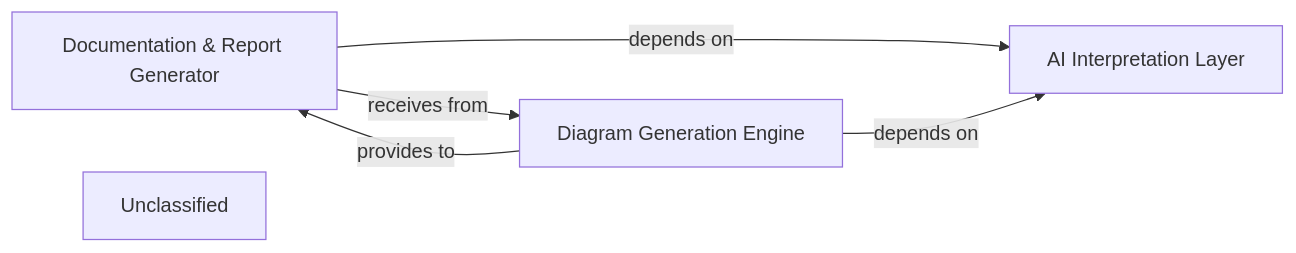
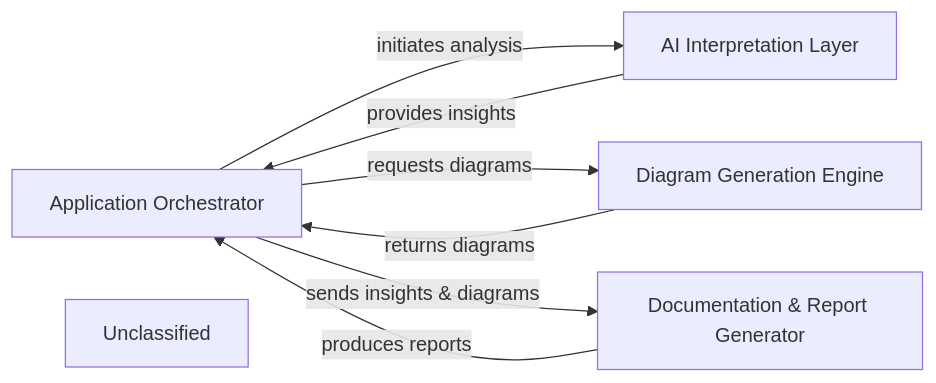
The diagram in .codeboarding/Output_Generation_Engine.md (CodeBoarding/CodeBoarding), drawn with Mermaid before and after one commit. The commit also changed other lines of this file and 17 other files, not shown here.

First line of the commit message:
docs: update codeboarding documentation and generate architecture

````diff
--- a/.codeboarding/Output_Generation_Engine.md
+++ b/.codeboarding/Output_Generation_Engine.md
@@ -1,12 +1,16 @@
 ```mermaid
 graph LR
+    Application_Orchestrator["Application Orchestrator"]
     AI_Interpretation_Layer["AI Interpretation Layer"]
+    Diagram_Generation_Engine["Diagram Generation Engine"]
     Documentation_Report_Generator["Documentation & Report Generator"]
-    Diagram_Generation_Engine["Diagram Generation Engine"]
     Unclassified["Unclassified"]
-    Documentation_Report_Generator -- "depends on" --> AI_Interpretation_Layer
-    Documentation_Report_Generator -- "receives from" --> Diagram_Generation_Engine
-    Diagram_Generation_Engine -- "depends on" --> AI_Interpretation_Layer
-    Diagram_Generation_Engine -- "provides to" --> Documentation_Report_Generator
+    Application_Orchestrator -- "initiates analysis" --> AI_Interpretation_Layer
+    AI_Interpretation_Layer -- "provides insights" --> Application_Orchestrator
+    Application_Orchestrator -- "requests diagrams" --> Diagram_Generation_Engine
+    Diagram_Generation_Engine -- "returns diagrams" --> Application_Orchestrator
+    Application_Orchestrator -- "sends insights & diagrams" --> Documentation_Report_Generator
+    Documentation_Report_Generator -- "produces reports" --> Application_Orchestrator
+    click Application_Orchestrator href "https://github.com/CodeBoarding/CodeBoarding/blob/main/.codeboarding/Application_Orchestrator.md" "Details"
     click AI_Interpretation_Layer href "https://github.com/CodeBoarding/CodeBoarding/blob/main/.codeboarding/AI_Interpretation_Layer.md" "Details"
 ```
````
